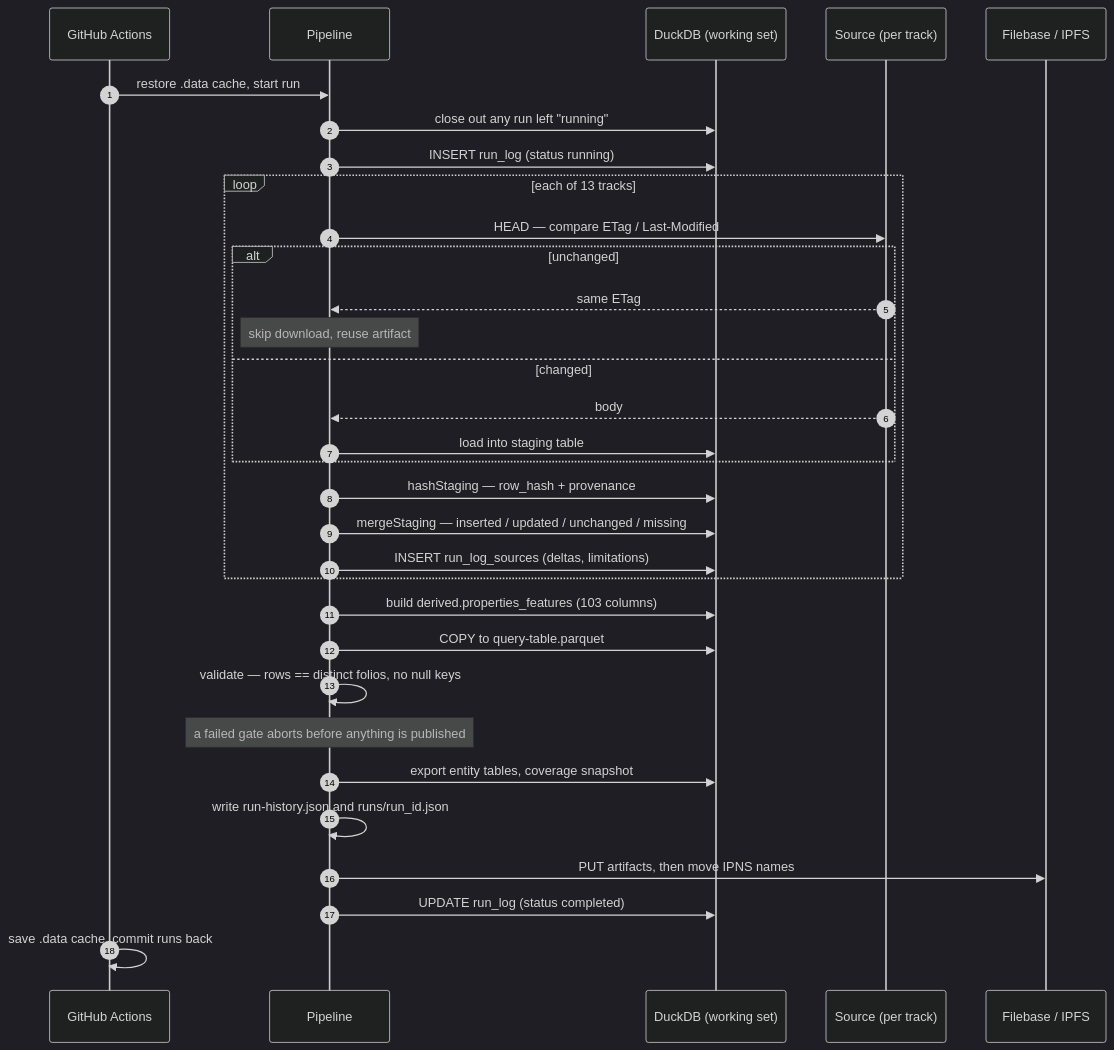
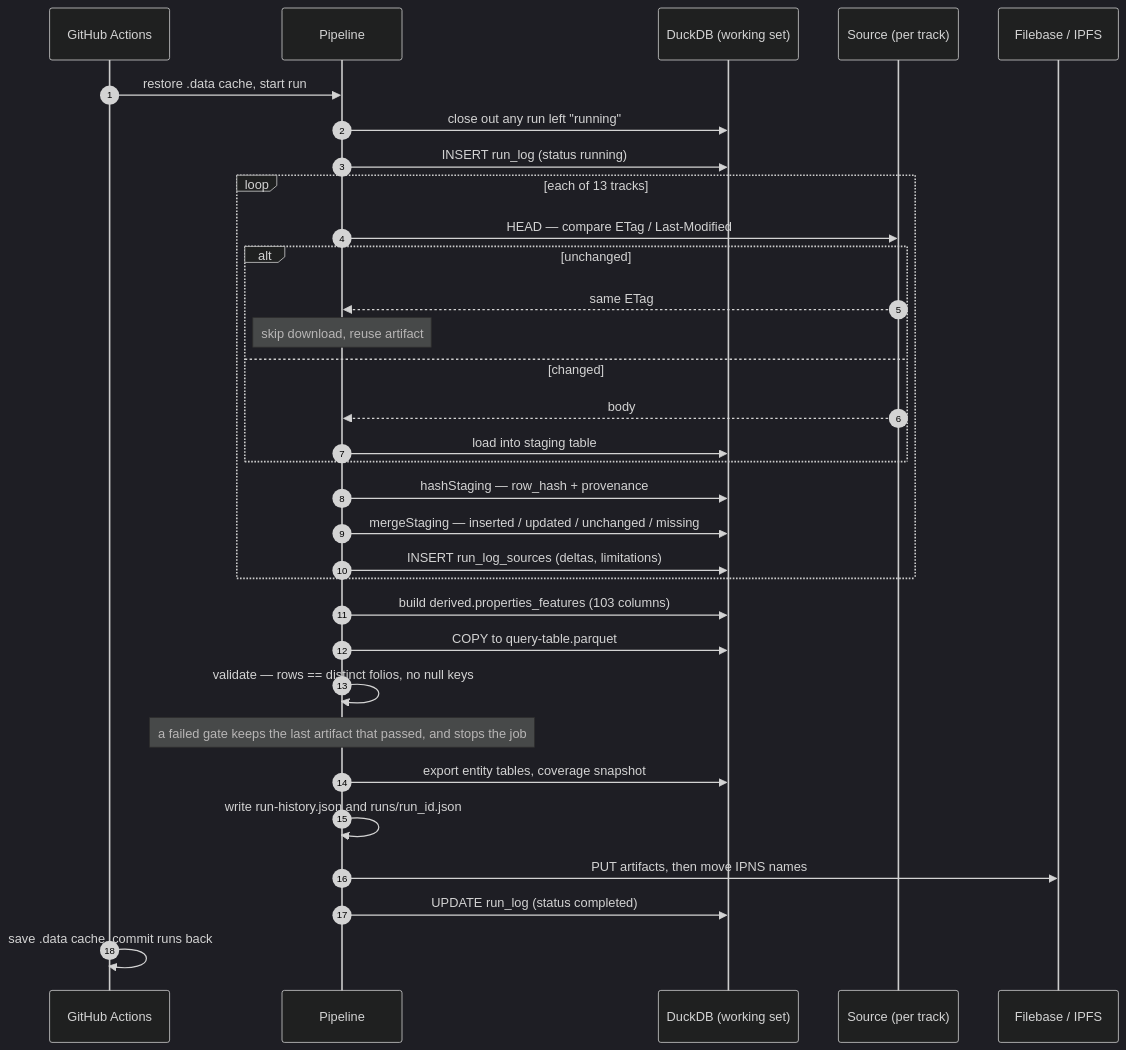
Before and after one commit to m-ratnikov/oracle-property-intelligence-platform-pipeline-duval-fl: the third of 9 diagrams in docs/ARCHITECTURE.md, drawn with Mermaid (dark theme). The commit also changed other lines of this file and 31 other files, not shown here.

First line of the commit message:
pipeline: honest counts, a gate that guards the artifact, and resume from data

````diff
--- a/docs/ARCHITECTURE.md
+++ b/docs/ARCHITECTURE.md
@@ -103,37 +103,37 @@
 ```mermaid
 sequenceDiagram
     autonumber
     participant CI as GitHub Actions
     participant P as Pipeline
     participant DB as DuckDB (working set)
     participant S as Source (per track)
     participant FB as Filebase / IPFS
 
     CI->>P: restore .data cache, start run
     P->>DB: close out any run left "running"
     P->>DB: INSERT run_log (status running)
 
     loop each of 13 tracks
         P->>S: HEAD — compare ETag / Last-Modified
         alt unchanged
             S-->>P: same ETag
             Note over P: skip download, reuse artifact
         else changed
             S-->>P: body
             P->>DB: load into staging table
         end
         P->>DB: hashStaging — row_hash + provenance
         P->>DB: mergeStaging — inserted / updated / unchanged / missing
         P->>DB: INSERT run_log_sources (deltas, limitations)
     end
 
     P->>DB: build derived.properties_features (103 columns)
     P->>DB: COPY to query-table.parquet
     P->>P: validate — rows == distinct folios, no null keys
-    Note over P: a failed gate aborts before anything is published
+    Note over P: a failed gate keeps the last artifact that passed, and stops the job
     P->>DB: export entity tables, coverage snapshot
     P->>P: write run-history.json and runs/run_id.json
     P->>FB: PUT artifacts, then move IPNS names
     P->>DB: UPDATE run_log (status completed)
     CI->>CI: save .data cache, commit runs back
 ```
````
